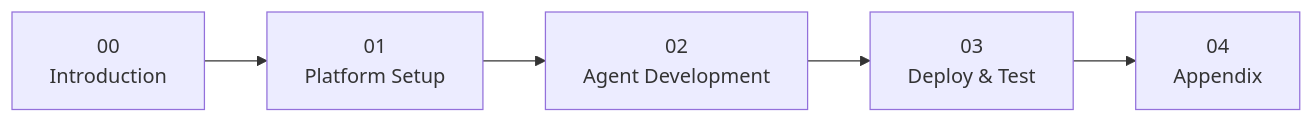
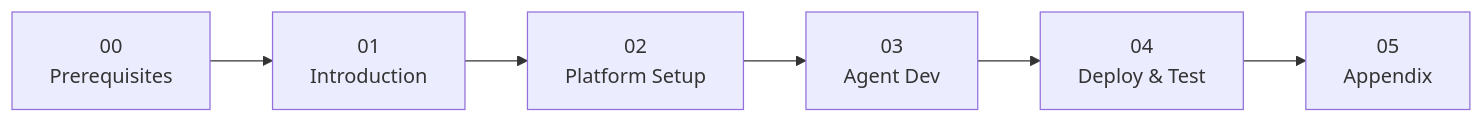
The second of 2 diagrams in docs/workshop/index.md (rrbanda/agent-sandbox-ocp), drawn with Mermaid before and after one commit. The commit also changed other lines of this file and 29 other files, not shown here.

````diff
--- a/docs/workshop/index.md
+++ b/docs/workshop/index.md
@@ -46,7 +44,8 @@
 ```mermaid
 flowchart LR
-    A["00<br/>Introduction"] --> B["01<br/>Platform Setup"]
-    B --> C["02<br/>Agent Development"]
-    C --> D["03<br/>Deploy & Test"]
-    D --> E["04<br/>Appendix"]
+    A["00<br/>Prerequisites"] --> B["01<br/>Introduction"]
+    B --> C["02<br/>Platform Setup"]
+    C --> D["03<br/>Agent Dev"]
+    D --> E["04<br/>Deploy & Test"]
+    E --> F["05<br/>Appendix"]
 ```
````
